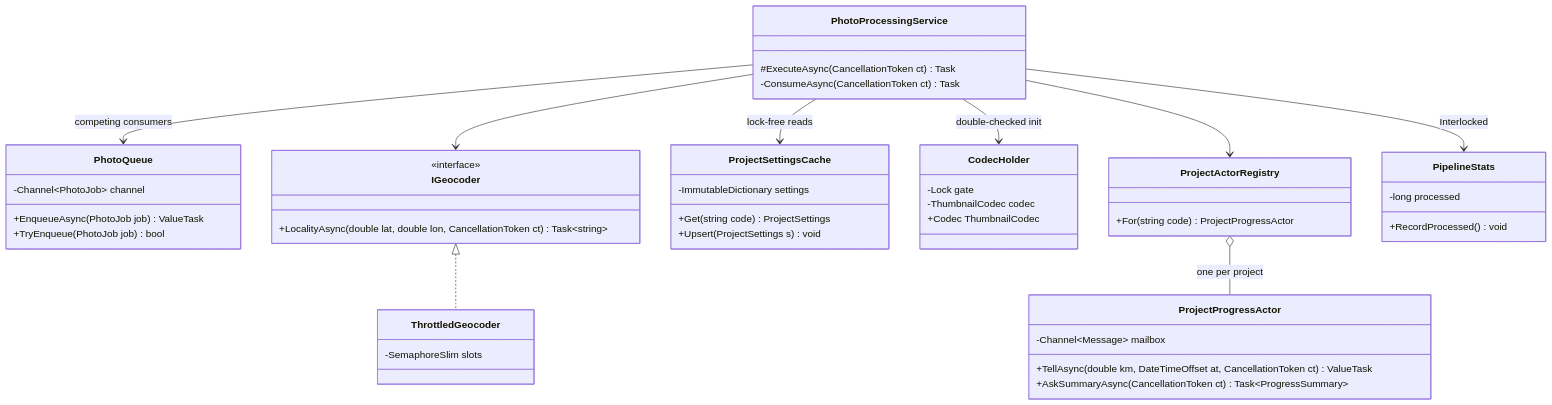
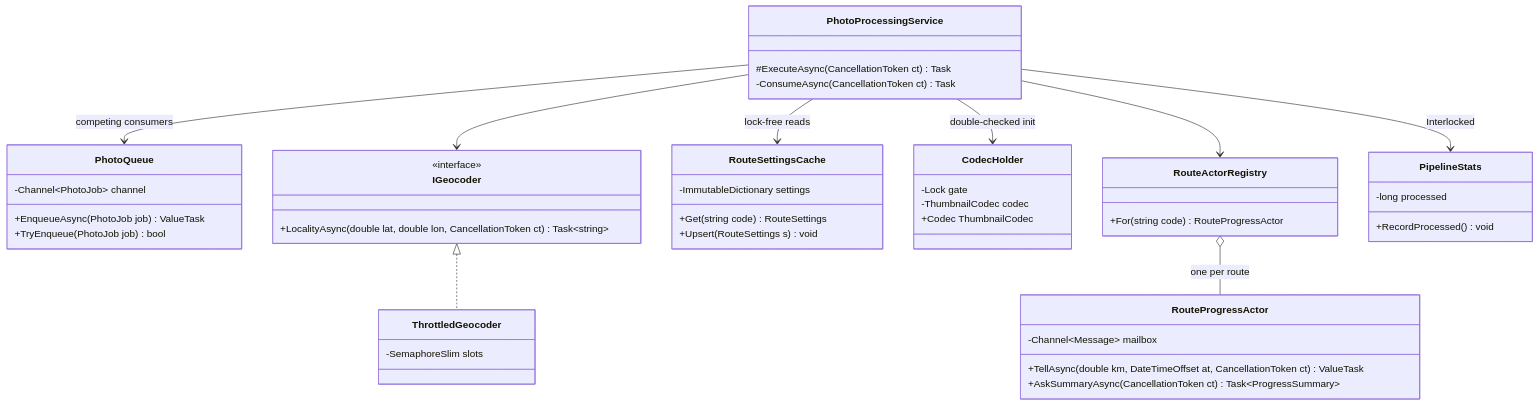
The first of 2 diagrams in content/lessons/m13/m13-concurrency-patterns.md (rizwi0786/system-design-lab), drawn with Mermaid before and after one commit. The commit also changed other lines of this file and 334 other files, not shown here.

````diff
--- a/content/lessons/m13/m13-concurrency-patterns.md
+++ b/content/lessons/m13/m13-concurrency-patterns.md
@@ -275,49 +275,49 @@
 ```mermaid
 classDiagram
     class PhotoQueue {
         -Channel~PhotoJob~ channel
         +EnqueueAsync(PhotoJob job) ValueTask
         +TryEnqueue(PhotoJob job) bool
     }
     class PhotoProcessingService {
         #ExecuteAsync(CancellationToken ct) Task
         -ConsumeAsync(CancellationToken ct) Task
     }
     class IGeocoder {
         <<interface>>
         +LocalityAsync(double lat, double lon, CancellationToken ct) Task~string~
     }
     class ThrottledGeocoder {
         -SemaphoreSlim slots
     }
-    class ProjectSettingsCache {
+    class RouteSettingsCache {
         -ImmutableDictionary settings
-        +Get(string code) ProjectSettings
-        +Upsert(ProjectSettings s) void
+        +Get(string code) RouteSettings
+        +Upsert(RouteSettings s) void
     }
     class CodecHolder {
         -Lock gate
         -ThumbnailCodec codec
         +Codec ThumbnailCodec
     }
-    class ProjectActorRegistry {
-        +For(string code) ProjectProgressActor
+    class RouteActorRegistry {
+        +For(string code) RouteProgressActor
     }
-    class ProjectProgressActor {
+    class RouteProgressActor {
         -Channel~Message~ mailbox
         +TellAsync(double km, DateTimeOffset at, CancellationToken ct) ValueTask
         +AskSummaryAsync(CancellationToken ct) Task~ProgressSummary~
     }
     class PipelineStats {
         -long processed
         +RecordProcessed() void
     }
     PhotoProcessingService --> PhotoQueue : competing consumers
     PhotoProcessingService --> IGeocoder
     IGeocoder <|.. ThrottledGeocoder
-    PhotoProcessingService --> ProjectSettingsCache : lock-free reads
+    PhotoProcessingService --> RouteSettingsCache : lock-free reads
     PhotoProcessingService --> CodecHolder : double-checked init
-    PhotoProcessingService --> ProjectActorRegistry
-    ProjectActorRegistry o-- ProjectProgressActor : one per project
+    PhotoProcessingService --> RouteActorRegistry
+    RouteActorRegistry o-- RouteProgressActor : one per route
     PhotoProcessingService --> PipelineStats : Interlocked
 ```
````
